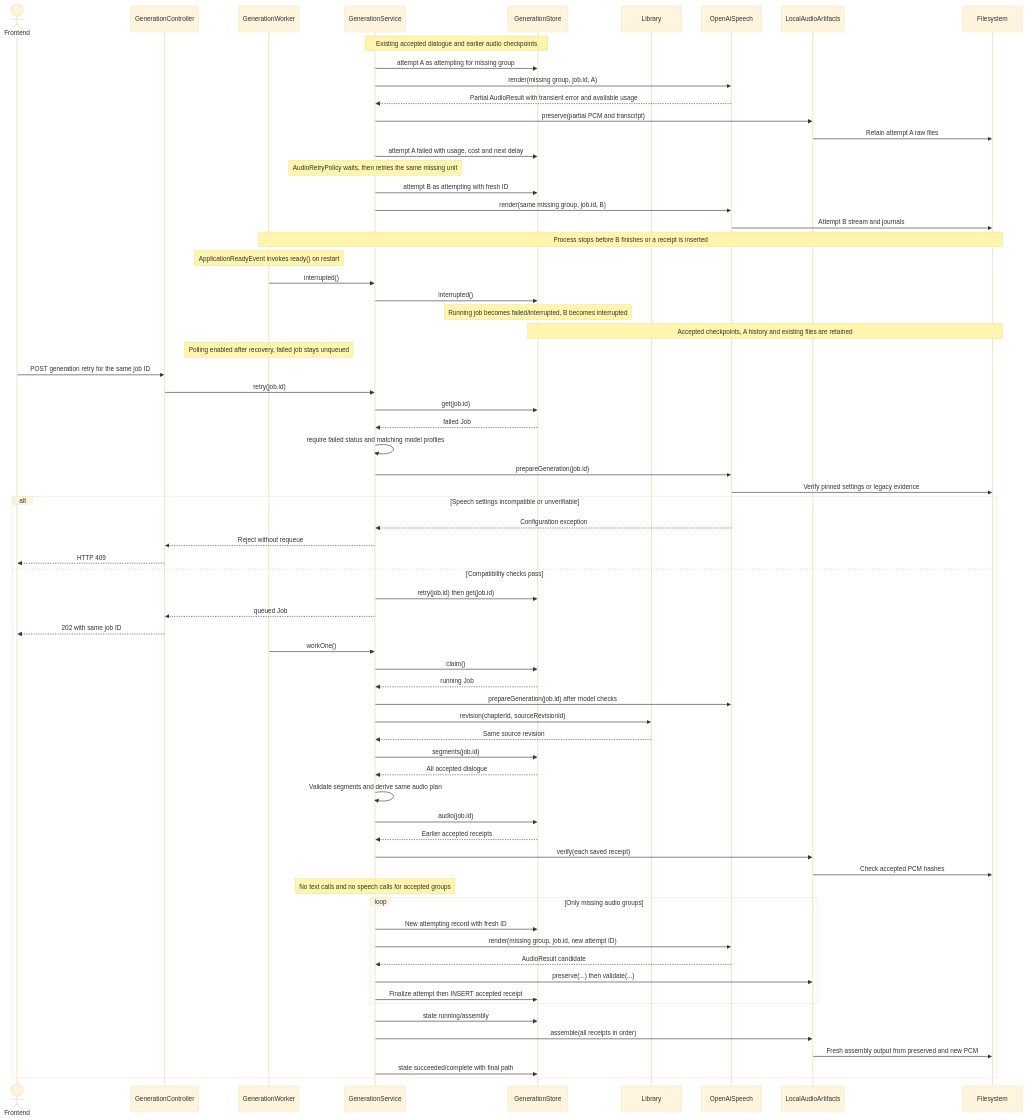
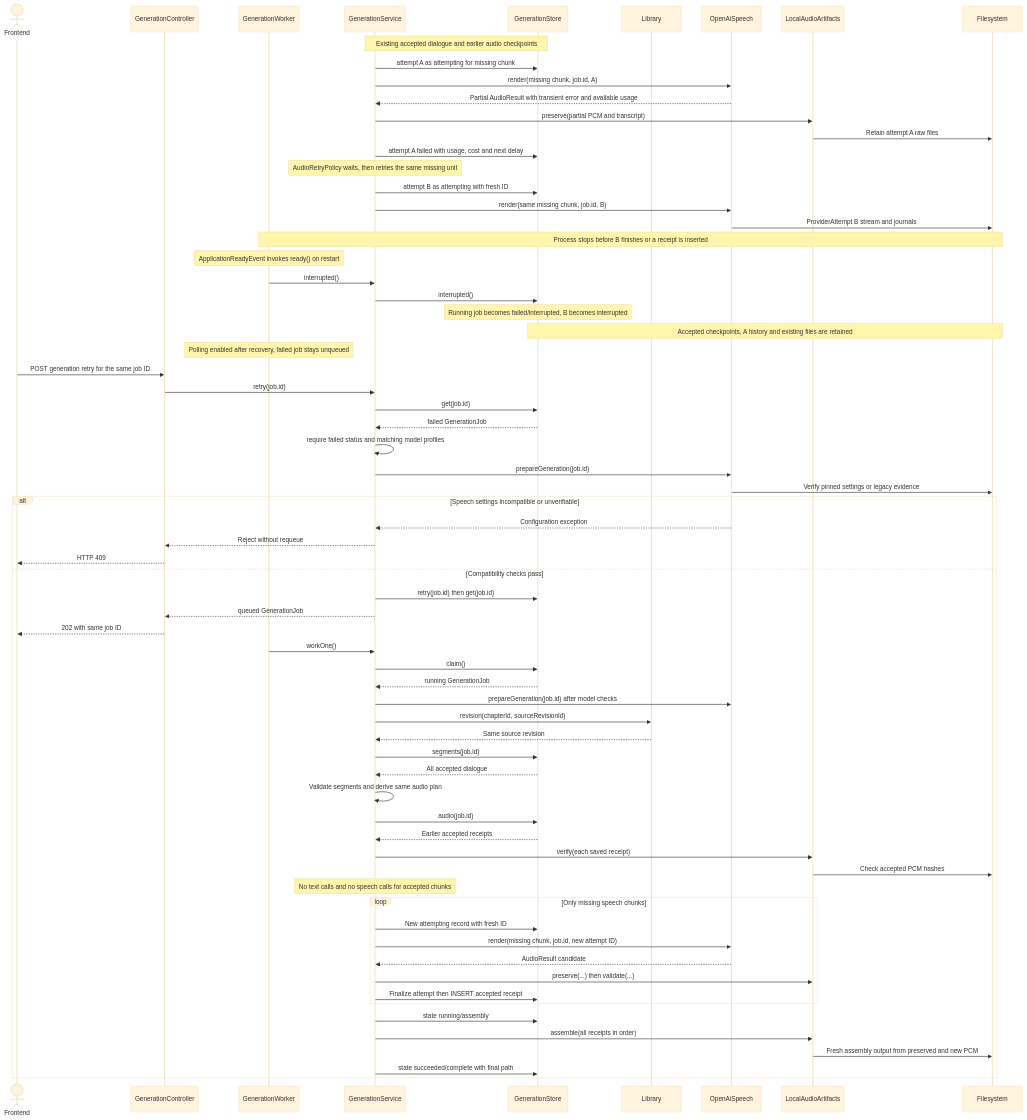
The third of 3 diagrams in docs/GENERATION_FLOW.md (nenonja/bookcast), drawn with Mermaid (base theme) before and after one commit. The commit also changed other lines of this file and 36 other files, not shown here.

````diff
--- a/docs/GENERATION_FLOW.md
+++ b/docs/GENERATION_FLOW.md
@@ -139,74 +152,74 @@
 ```mermaid
 sequenceDiagram
     actor UI as Frontend
     participant HTTP as GenerationController
     participant Worker as GenerationWorker
     participant Service as GenerationService
     participant Store as GenerationStore
     participant Library as Library
     participant Speech as OpenAiSpeech
     participant Audio as LocalAudioArtifacts
     participant Files as Filesystem
 
     Note over Service,Store: Existing accepted dialogue and earlier audio checkpoints
-    Service->>Store: attempt A as attempting for missing group
-    Service->>Speech: render(missing group, job.id, A)
+    Service->>Store: attempt A as attempting for missing chunk
+    Service->>Speech: render(missing chunk, job.id, A)
     Speech-->>Service: Partial AudioResult with transient error and available usage
     Service->>Audio: preserve(partial PCM and transcript)
     Audio->>Files: Retain attempt A raw files
     Service->>Store: attempt A failed with usage, cost and next delay
     Note over Service: AudioRetryPolicy waits, then retries the same missing unit
     Service->>Store: attempt B as attempting with fresh ID
-    Service->>Speech: render(same missing group, job.id, B)
-    Speech->>Files: Attempt B stream and journals
+    Service->>Speech: render(same missing chunk, job.id, B)
+    Speech->>Files: ProviderAttempt B stream and journals
     Note over Worker,Files: Process stops before B finishes or a receipt is inserted
 
     Note over Worker: ApplicationReadyEvent invokes ready() on restart
     Worker->>Service: interrupted()
     Service->>Store: interrupted()
     Note over Store: Running job becomes failed/interrupted, B becomes interrupted
     Note over Store,Files: Accepted checkpoints, A history and existing files are retained
     Note over Worker: Polling enabled after recovery, failed job stays unqueued
 
     UI->>HTTP: POST generation retry for the same job ID
     HTTP->>Service: retry(job.id)
     Service->>Store: get(job.id)
-    Store-->>Service: failed Job
+    Store-->>Service: failed GenerationJob
     Service->>Service: require failed status and matching model profiles
     Service->>Speech: prepareGeneration(job.id)
     Speech->>Files: Verify pinned settings or legacy evidence
     alt Speech settings incompatible or unverifiable
         Speech-->>Service: Configuration exception
         Service-->>HTTP: Reject without requeue
         HTTP-->>UI: HTTP 409
     else Compatibility checks pass
         Service->>Store: retry(job.id) then get(job.id)
-        Service-->>HTTP: queued Job
+        Service-->>HTTP: queued GenerationJob
         HTTP-->>UI: 202 with same job ID
         Worker->>Service: workOne()
         Service->>Store: claim()
-        Store-->>Service: running Job
+        Store-->>Service: running GenerationJob
         Service->>Speech: prepareGeneration(job.id) after model checks
         Service->>Library: revision(chapterId, sourceRevisionId)
         Library-->>Service: Same source revision
         Service->>Store: segments(job.id)
         Store-->>Service: All accepted dialogue
         Service->>Service: Validate segments and derive same audio plan
         Service->>Store: audio(job.id)
         Store-->>Service: Earlier accepted receipts
         Service->>Audio: verify(each saved receipt)
         Audio->>Files: Check accepted PCM hashes
-        Note over Service: No text calls and no speech calls for accepted groups
-        loop Only missing audio groups
+        Note over Service: No text calls and no speech calls for accepted chunks
+        loop Only missing speech chunks
             Service->>Store: New attempting record with fresh ID
-            Service->>Speech: render(missing group, job.id, new attempt ID)
+            Service->>Speech: render(missing chunk, job.id, new attempt ID)
             Speech-->>Service: AudioResult candidate
             Service->>Audio: preserve(...) then validate(...)
             Service->>Store: Finalize attempt then INSERT accepted receipt
         end
         Service->>Store: state running/assembly
         Service->>Audio: assemble(all receipts in order)
         Audio->>Files: Fresh assembly output from preserved and new PCM
         Service->>Store: state succeeded/complete with final path
     end
 ```
````
